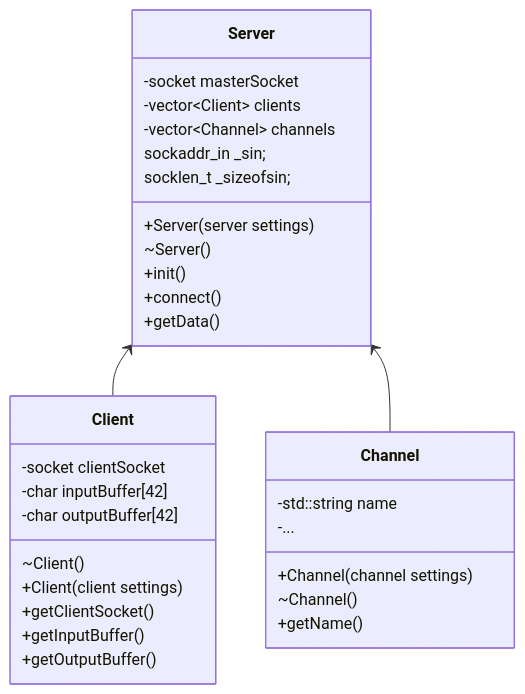
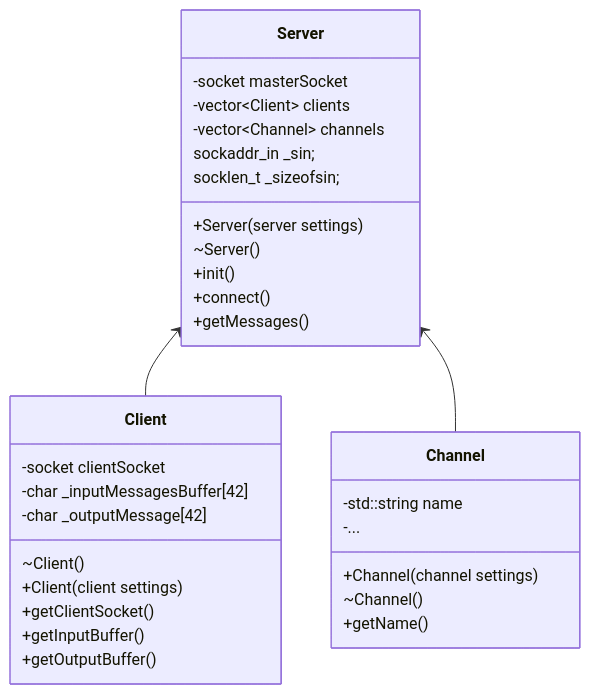
Before and after one commit to simon-ameye/42-ft_irc: the second of 2 diagrams in Readme.md, drawn with Mermaid. The commit also changed other lines of this file and 27 other files, not shown here.

````diff
--- a/Readme.md
+++ b/Readme.md
@@ -58,35 +58,35 @@
 ```mermaid
 classDiagram
     class Server{
         +Server(server settings)
         ~Server()
         -socket masterSocket
         -vector~Client~ clients
         -vector~Channel~ channels
         +init()
         +connect()
-        +getData()
+        +getMessages()
         sockaddr_in _sin;
         socklen_t _sizeofsin;
     }
     class Client{
         ~Client()
         +Client(client settings)
         +getClientSocket()
         +getInputBuffer()
         +getOutputBuffer()
         -socket clientSocket
-        -char inputBuffer[42]
-        -char outputBuffer[42]
+        -char _inputMessagesBuffer[42]
+        -char _outputMessage[42]
     }
     class Channel{
         +Channel(channel settings)
         ~Channel()
         -std::string name
         +getName()
         -...
     }
 
 Server <-- Client
 Server <-- Channel
 ```
````
